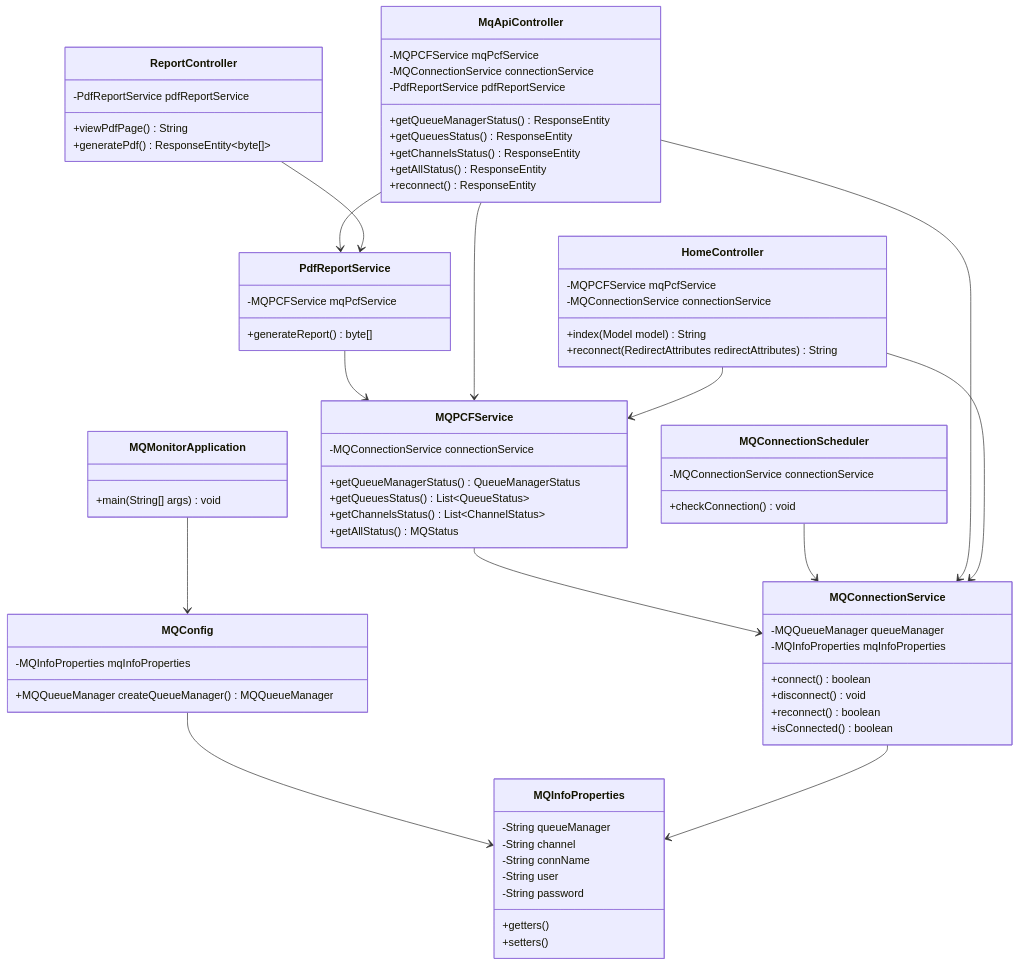
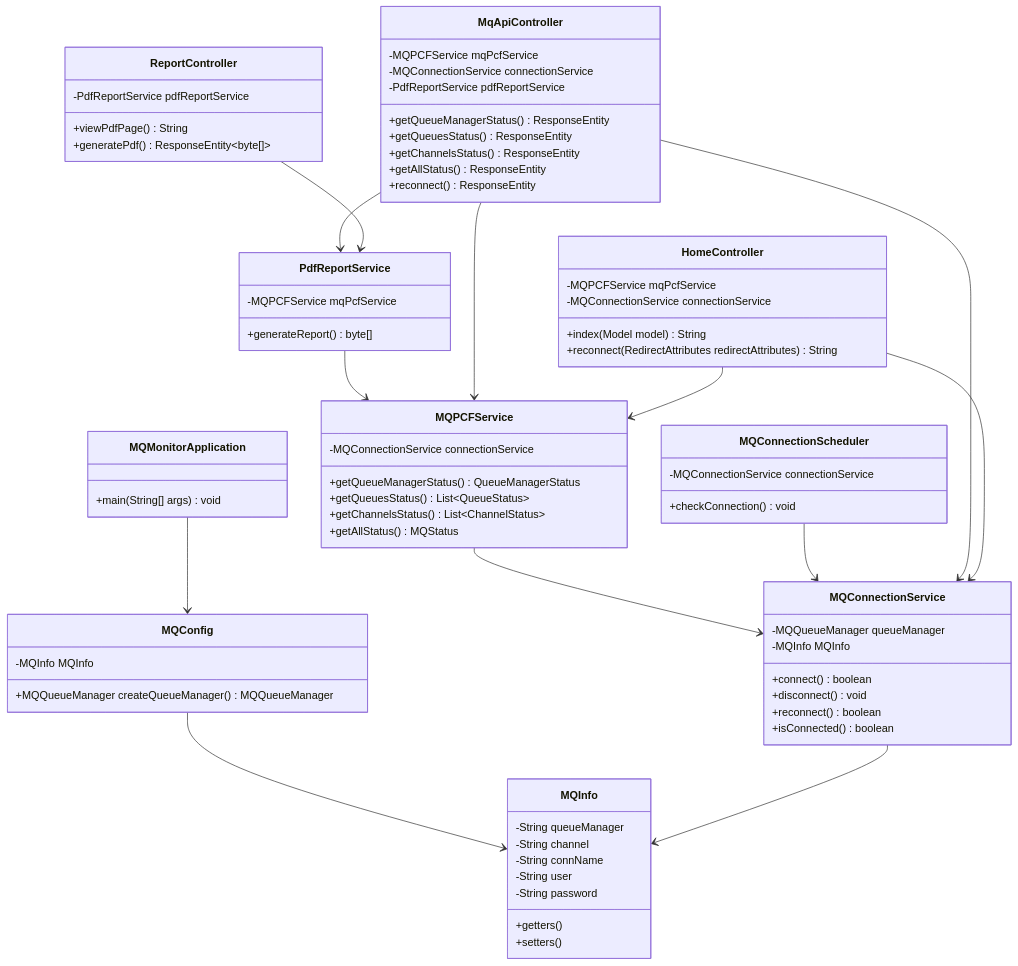
Before and after one commit to vancetang/mq-monitor: the fourth of 5 diagrams in spec.md, drawn with Mermaid. The commit also changed other lines of this file and 3 other files, not shown here.

Commit message:
fix: 更新 README 文件中的 MQInfoProperties 為 MQInfo

```diff
--- a/spec.md
+++ b/spec.md
@@ -153,11 +153,11 @@
     }
     
     class MQConfig {
-        -MQInfoProperties mqInfoProperties
+        -MQInfo MQInfo
         +MQQueueManager createQueueManager() MQQueueManager
     }
     
-    class MQInfoProperties {
+    class MQInfo {
         -String queueManager
         -String channel
         -String connName
@@ -169,7 +169,7 @@
     
     class MQConnectionService {
         -MQQueueManager queueManager
-        -MQInfoProperties mqInfoProperties
+        -MQInfo MQInfo
         +connect() boolean
         +disconnect() void
         +reconnect() boolean
@@ -219,8 +219,8 @@
     }
     
     MQMonitorApplication --> MQConfig
-    MQConfig --> MQInfoProperties
-    MQConnectionService --> MQInfoProperties
+    MQConfig --> MQInfo
+    MQConnectionService --> MQInfo
     MQPCFService --> MQConnectionService
     PdfReportService --> MQPCFService
     MQConnectionScheduler --> MQConnectionService
```
